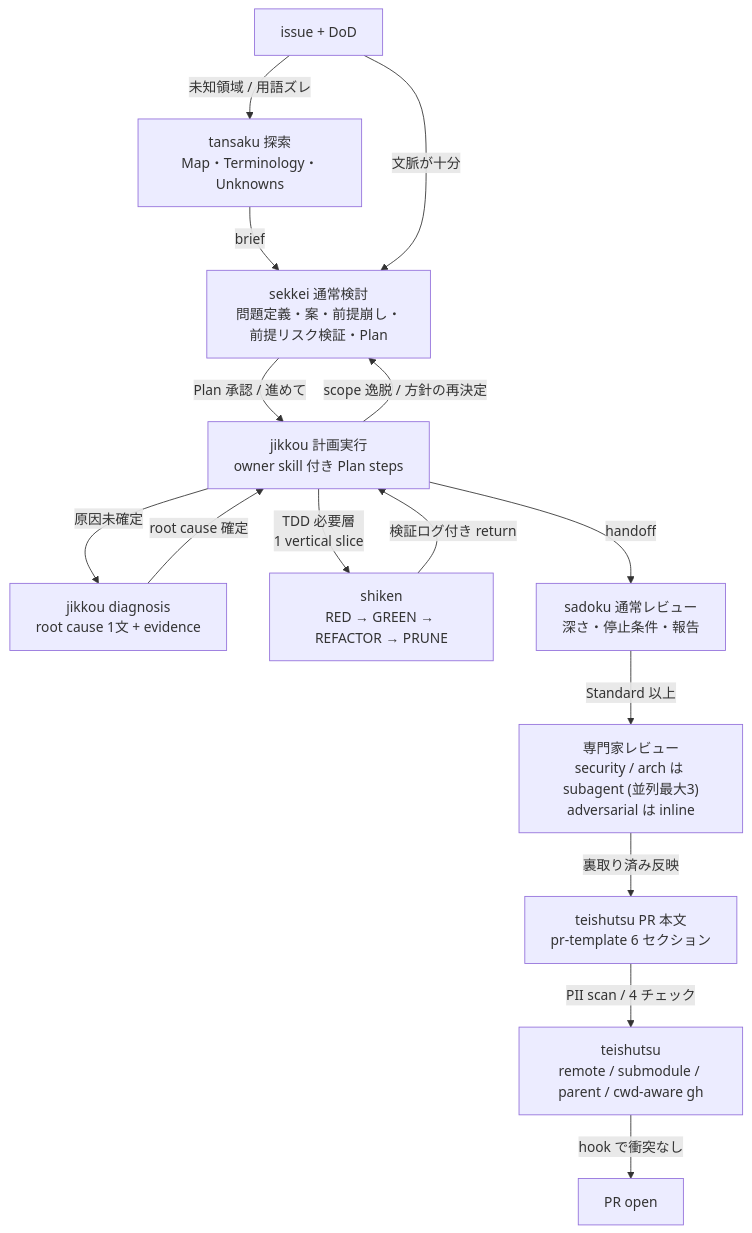
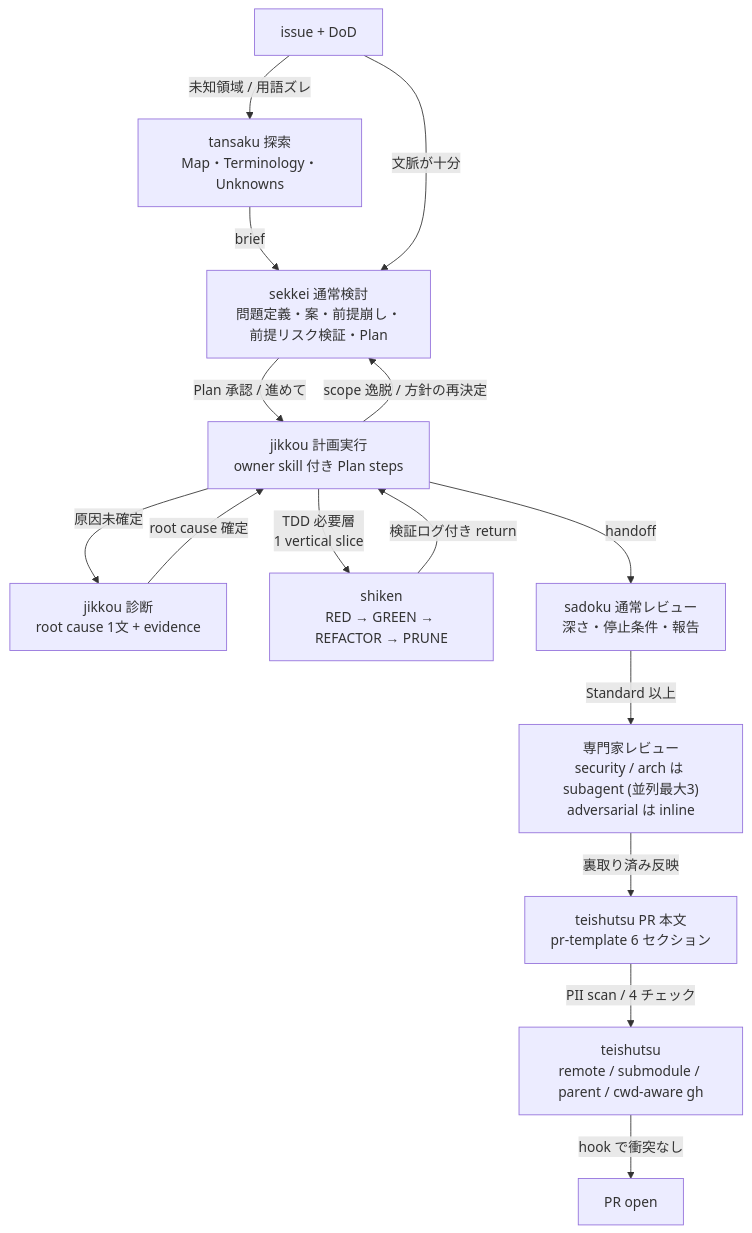
One commit to hayashiii-ghub/hikizan changed the second of 6 diagrams in docs/workflow.md. Above: the diagram before and after it, drawn with Mermaid. The commit also changed other lines of this file and 3 other files, not shown here.

````diff
--- a/docs/workflow.md
+++ b/docs/workflow.md
@@ -73,17 +75,17 @@
 ```mermaid
 flowchart TB
   A["issue + DoD"] -->|"未知領域 / 用語ズレ"| A1["tansaku 探索<br/>Map・Terminology・Unknowns"]
   A1 -->|"brief"| B["sekkei 通常検討<br/>問題定義・案・前提崩し・前提リスク検証・Plan"]
   A -->|"文脈が十分"| B
   B -->|"Plan 承認 / 進めて"| C["jikkou 計画実行<br/>owner skill 付き Plan steps"]
-  C -->|"原因未確定"| I["jikkou diagnosis<br/>root cause 1文 + evidence"]
+  C -->|"原因未確定"| I["jikkou 診断<br/>root cause 1文 + evidence"]
   I -->|"root cause 確定"| C
   C -->|"scope 逸脱 / 方針の再決定"| B
   C -->|"TDD 必要層<br/>1 vertical slice"| D["shiken<br/>RED → GREEN → REFACTOR → PRUNE"]
   D -->|"検証ログ付き return"| C
   C -->|"handoff"| E["sadoku 通常レビュー<br/>深さ・停止条件・報告"]
   E -->|"Standard 以上"| F["専門家レビュー<br/>security / arch は subagent (並列最大3)<br/>adversarial は inline"]
   F -->|"裏取り済み反映"| G["teishutsu PR 本文<br/>pr-template 6 セクション"]
   G -->|"PII scan / 4 チェック"| H["teishutsu<br/>remote / submodule / parent / cwd-aware gh"]
   H -->|"hook で衝突なし"| J["PR open"]
 ```
````
